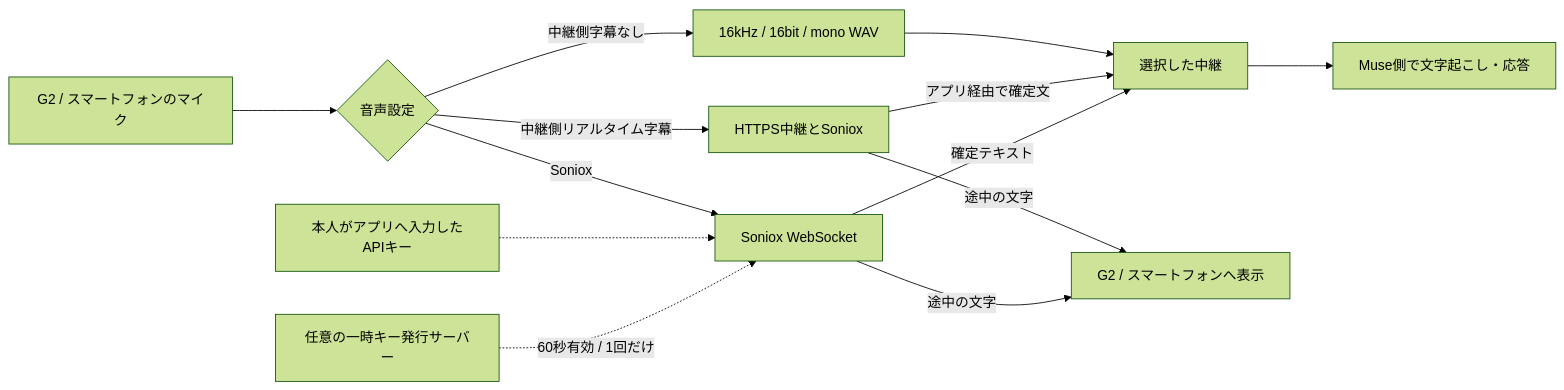
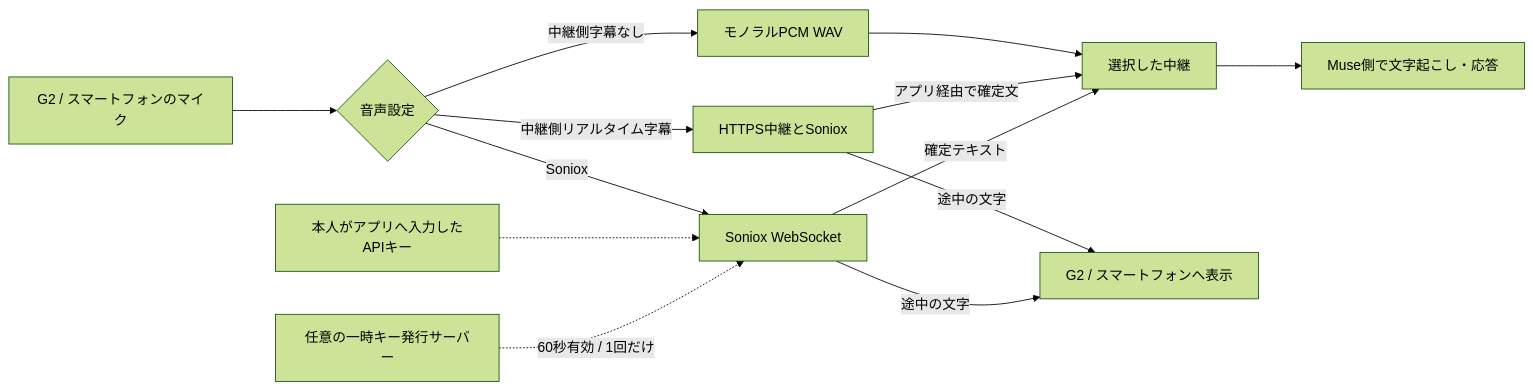
The fifth of 5 diagrams in docs/protocol.ja.md (3mintimer/muse-relay), drawn with Mermaid (forest theme) before and after one commit. The commit also changed other lines of this file and 46 other files, not shown here.

````diff
--- a/docs/protocol.ja.md
+++ b/docs/protocol.ja.md
@@ -407,14 +407,14 @@
 ```mermaid
 flowchart LR
   Mic[G2 / スマートフォンのマイク] --> Choice{音声設定}
-  Choice -->|中継側字幕なし| WAV[16kHz / 16bit / mono WAV]
+  Choice -->|中継側字幕なし| WAV[モノラルPCM WAV]
   WAV --> Relay[選択した中継] --> Muse[Muse側で文字起こし・応答]
   Choice -->|中継側リアルタイム字幕| Live[HTTPS中継とSoniox]
   Live -->|途中の文字| Glasses
   Live -->|アプリ経由で確定文| Relay
   Choice -->|Soniox| STT[Soniox WebSocket]
   Key[本人がアプリへ入力したAPIキー] -.-> STT
   Token[任意の一時キー発行サーバー] -.->|60秒有効 / 1回だけ| STT
   STT -->|途中の文字| Glasses[G2 / スマートフォンへ表示]
   STT -->|確定テキスト| Relay
 ```
````
